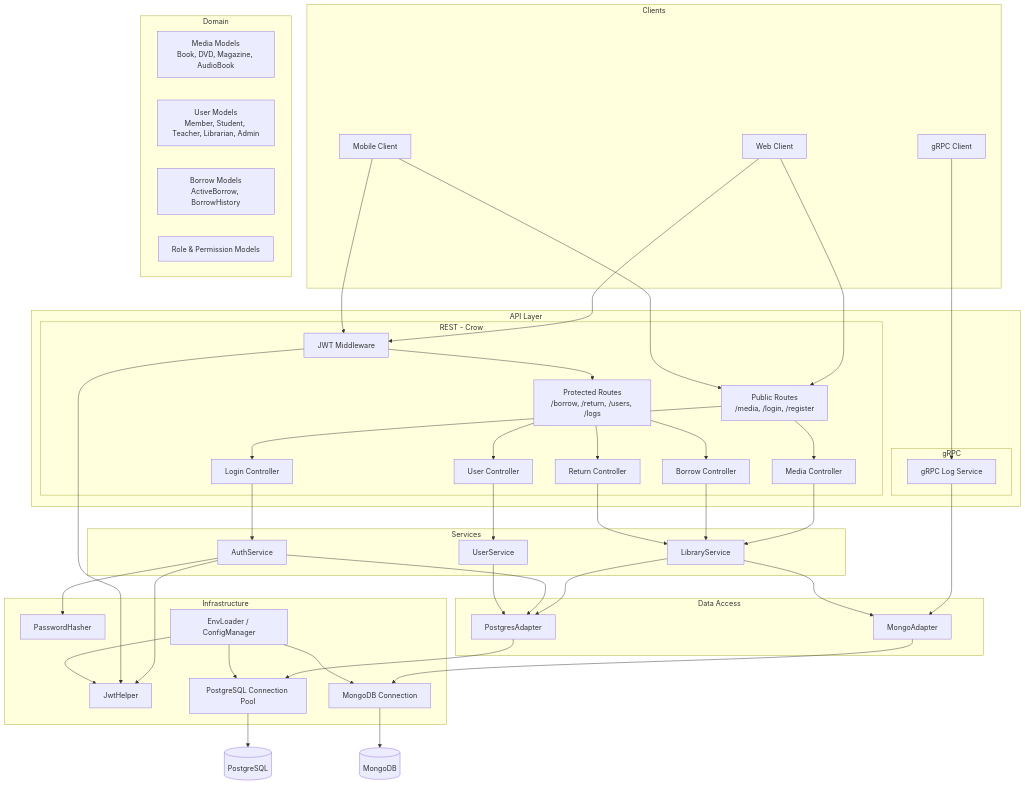
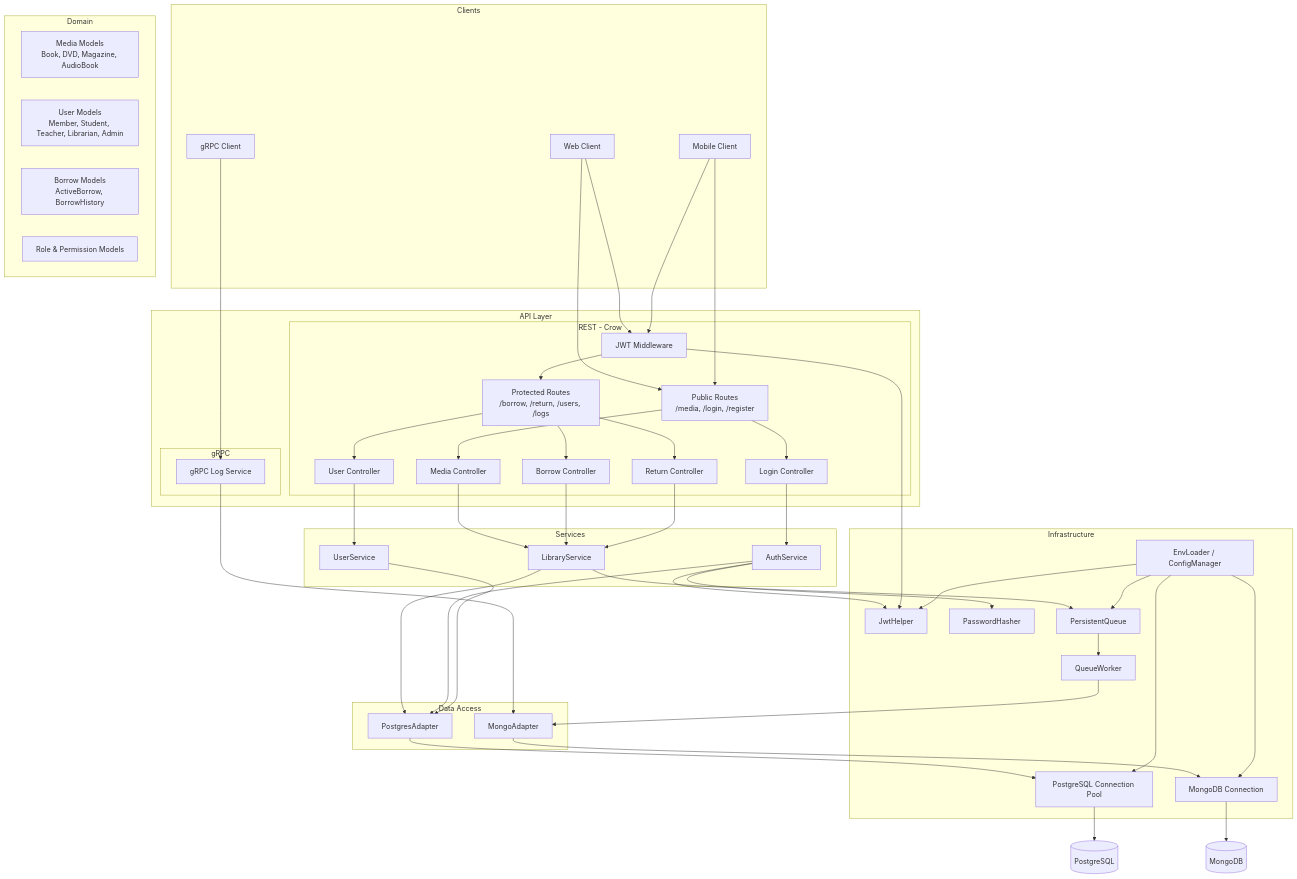
One commit to Frozen-Potato/Library-Management-System changed the first of 2 diagrams in Doc/SAS.md. Above: the diagram before and after it, drawn with Mermaid. The commit also changed other lines of this file and 4 other files, not shown here.

Commit message:
Updating PersistentQueue

````diff
--- a/Doc/SAS.md
+++ b/Doc/SAS.md
@@ -81,6 +83,8 @@
         PgPool[PostgreSQL Connection Pool]
         MgConn[MongoDB Connection]
         Env[EnvLoader / ConfigManager]
+        Queue[PersistentQueue]
+        Worker[QueueWorker]
     end
 
     DB1[(PostgreSQL)]
@@ -109,7 +113,9 @@
     LogSvc --> MgAdapter
 
     LibSvc --> PgAdapter
-    LibSvc --> MgAdapter
+    LibSvc --> Queue
+    Queue --> Worker
+    Worker --> MgAdapter
     AuthSvc --> PgAdapter
     AuthSvc --> JwtHelp
     AuthSvc --> Hasher
@@ -121,11 +127,12 @@
     Env --> PgPool
     Env --> MgConn
     Env --> JwtHelp
+    Env --> Queue
 
     class LoginCtrl,MediaCtrl,BorrowCtrl,ReturnCtrl,UserCtrl,JWT,PublicGroup,ProtectedGroup,LogSvc apiLayer
     class LibSvc,AuthSvc,UserSvc serviceLayer
     class MediaModels,UserModels,BorrowModels,RoleModels domainLayer
     class PgAdapter,MgAdapter dataLayer
-    class JwtHelp,Hasher,PgPool,MgConn,Env infraLayer
+    class JwtHelp,Hasher,PgPool,MgConn,Env,Queue,Worker infraLayer
     class DB1,DB2 dbLayer
 ```
````
